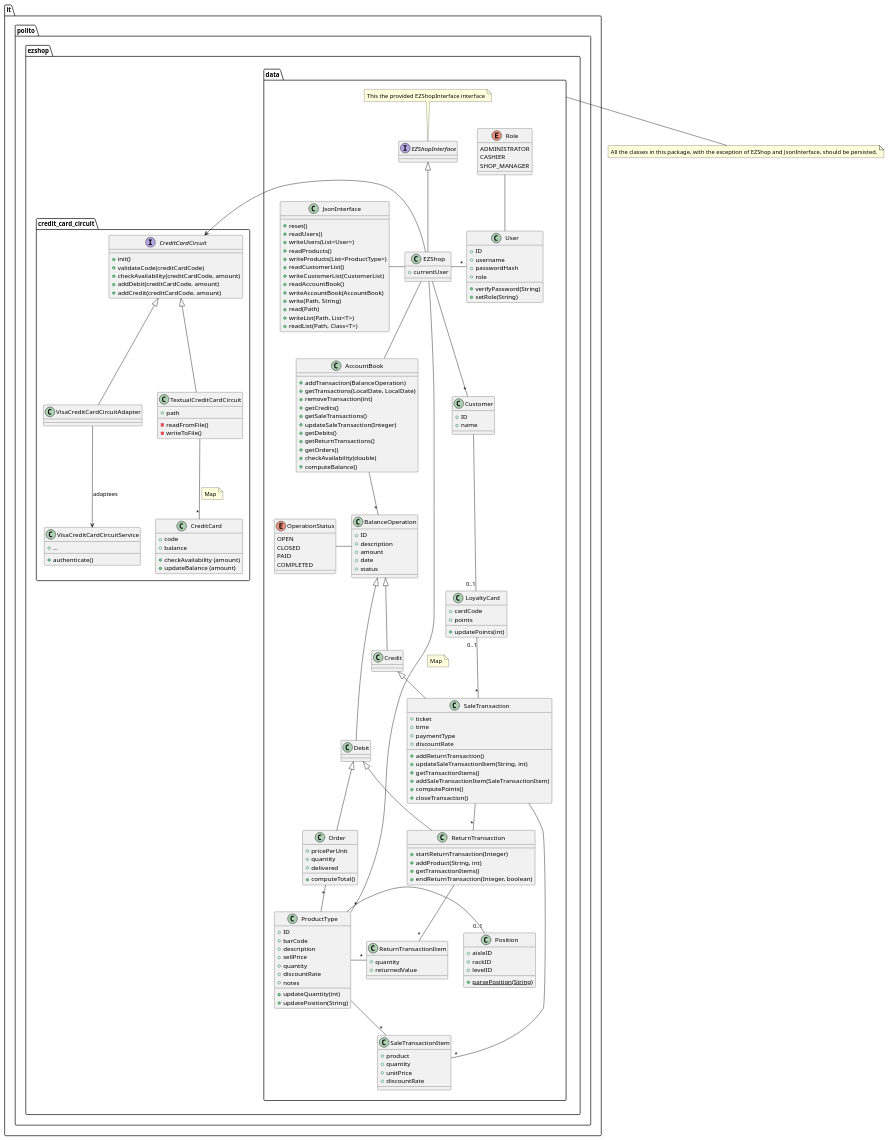
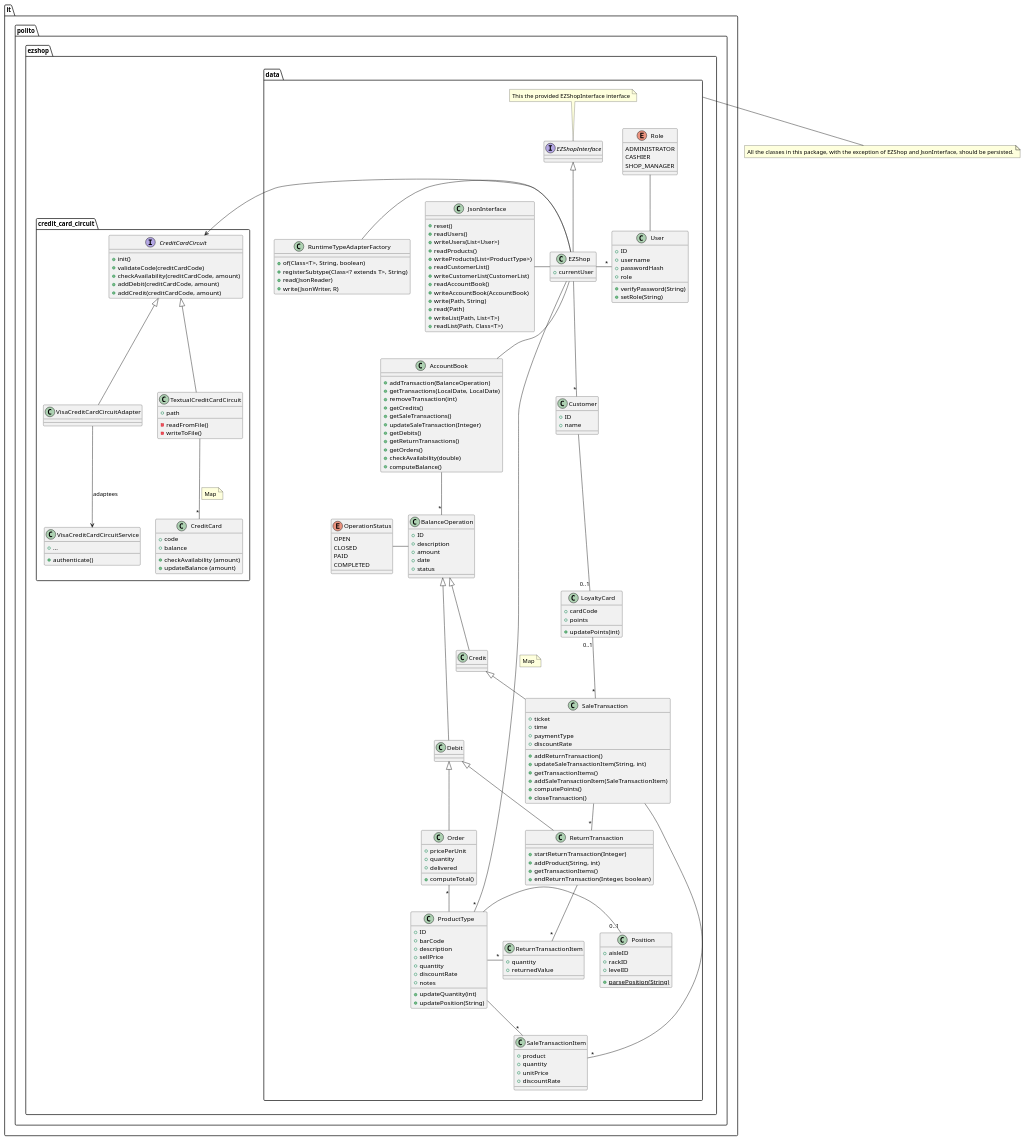
Before and after one commit to polito-se2-21-r03/se1-ezshop: the third of 13 diagrams in Deliverables/DesignDocument.md, drawn with PlantUML.

Commit message:
some changes in design document

```diff
--- a/Deliverables/DesignDocument.md
+++ b/Deliverables/DesignDocument.md
@@ -134,6 +134,15 @@
 }
 
 JsonInterface ---right- EZShop
+
+class RuntimeTypeAdapterFactory {
+    + of(Class<T>, String, boolean)
+    + registerSubtype(Class<? extends T>, String)
+    + read(JsonReader)
+    +write(JsonWriter, R)
+}
+
+RuntimeTypeAdapterFactory ---right- EZShop
 
 EZShop -right- "*" User
 EZShop -- AccountBook
```
